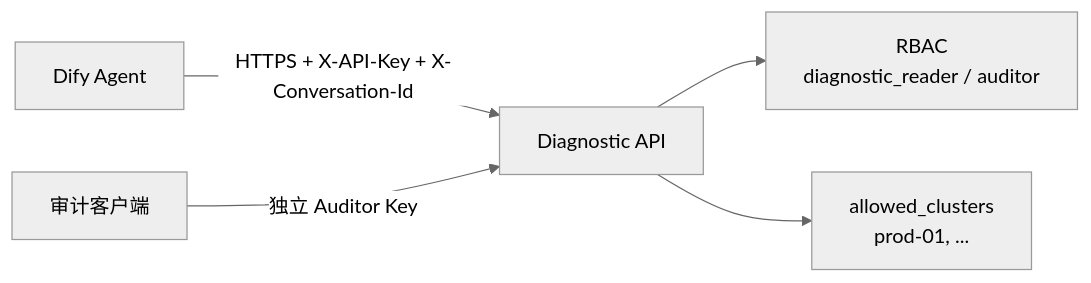
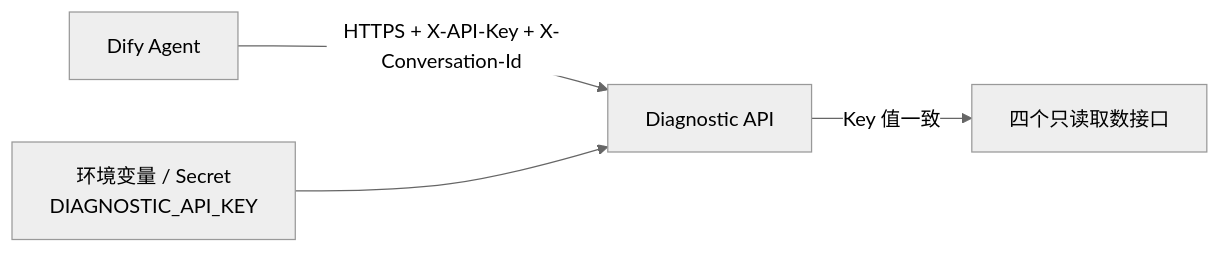
Before and after one commit to yangzhengjie/tidb-diag: the ninth of 10 diagrams in docs/tidb-diag-agent-technical-design.md, drawn with Mermaid (neutral theme). The commit also changed other lines of this file and 1 other file, not shown here.

````diff
--- a/docs/tidb-diag-agent-technical-design.md
+++ b/docs/tidb-diag-agent-technical-design.md
@@ -951,7 +945,6 @@
 ```mermaid
 flowchart LR
     Dify["Dify Agent"] -->|HTTPS + X-API-Key + X-Conversation-Id| API["Diagnostic API"]
-    AuditClient["审计客户端"] -->|独立 Auditor Key| API
-    API --> RBAC["RBAC<br/>diagnostic_reader / auditor"]
-    API --> Cluster["allowed_clusters<br/>prod-01, ..."]
+    Secret["环境变量 / Secret<br/>DIAGNOSTIC_API_KEY"] --> API
+    API -->|Key 值一致| Endpoint["四个只读取数接口"]
 ```
````
